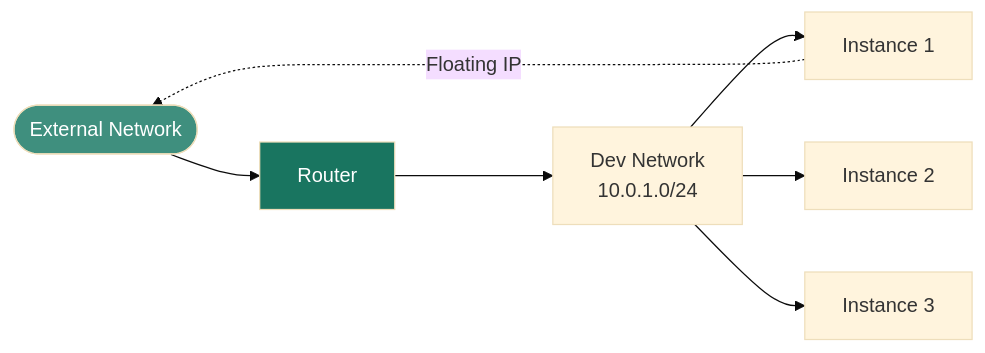
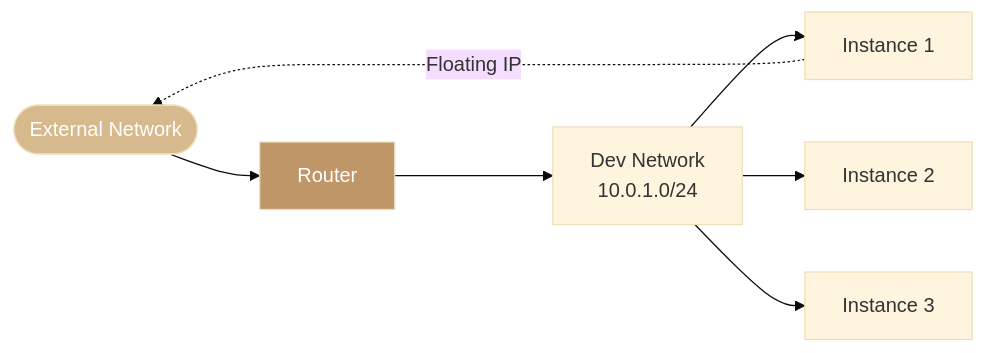
Before and after one commit to ankur-kumar87/docs-polystack: the second of 4 diagrams in services/networking/network-topology.mdx, drawn with Mermaid (base theme). The commit also changed other lines of this file and 395 other files, not shown here.

````diff
--- a/services/networking/network-topology.mdx
+++ b/services/networking/network-topology.mdx
@@ -71,11 +71,11 @@
 ```mermaid
 graph LR
     EXT([External Network]) --> R[Router]
     R --> DEV[Dev Network<br/>10.0.1.0/24]
     DEV --> I1[Instance 1]
     DEV --> I2[Instance 2]
     DEV --> I3[Instance 3]
     I1 -.->|Floating IP| EXT
-    style R fill:#197560,color:#fff
-    style EXT fill:#3F8F7E,color:#fff
+    style R fill:#bf9667,color:#fff
+    style EXT fill:#d7b98e,color:#fff
 ```
````
